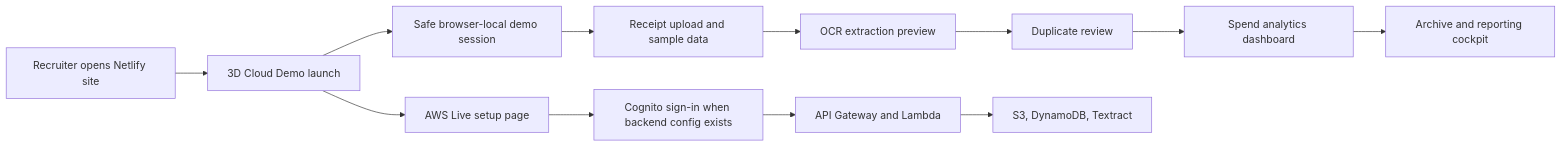
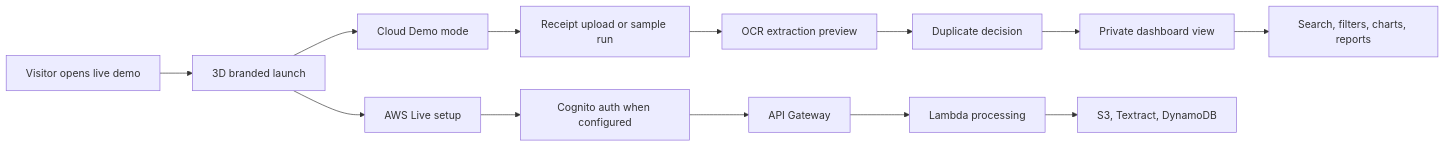
The first of 3 diagrams in README.md (agarwalujala3-lang/ReceiptPulse), drawn with Mermaid before and after one commit. The commit also changed other lines of this file and 4 other files, not shown here.

````diff
--- a/README.md
+++ b/README.md
@@ -43,15 +61,16 @@
 ```mermaid
 flowchart LR
-  A[Recruiter opens Netlify site] --> B[3D Cloud Demo launch]
-  B --> C[Safe browser-local demo session]
-  C --> D[Receipt upload and sample data]
+  A[Visitor opens live demo] --> B[3D branded launch]
+  B --> C[Cloud Demo mode]
+  C --> D[Receipt upload or sample run]
   D --> E[OCR extraction preview]
-  E --> F[Duplicate review]
-  F --> G[Spend analytics dashboard]
-  G --> H[Archive and reporting cockpit]
+  E --> F[Duplicate decision]
+  F --> G[Private dashboard view]
+  G --> H[Search, filters, charts, reports]
 
-  B --> I[AWS Live setup page]
-  I --> J[Cognito sign-in when backend config exists]
-  J --> K[API Gateway and Lambda]
-  K --> L[S3, DynamoDB, Textract]
+  B --> I[AWS Live setup]
+  I --> J[Cognito auth when configured]
+  J --> K[API Gateway]
+  K --> L[Lambda processing]
+  L --> M[S3, Textract, DynamoDB]
 ```
````
